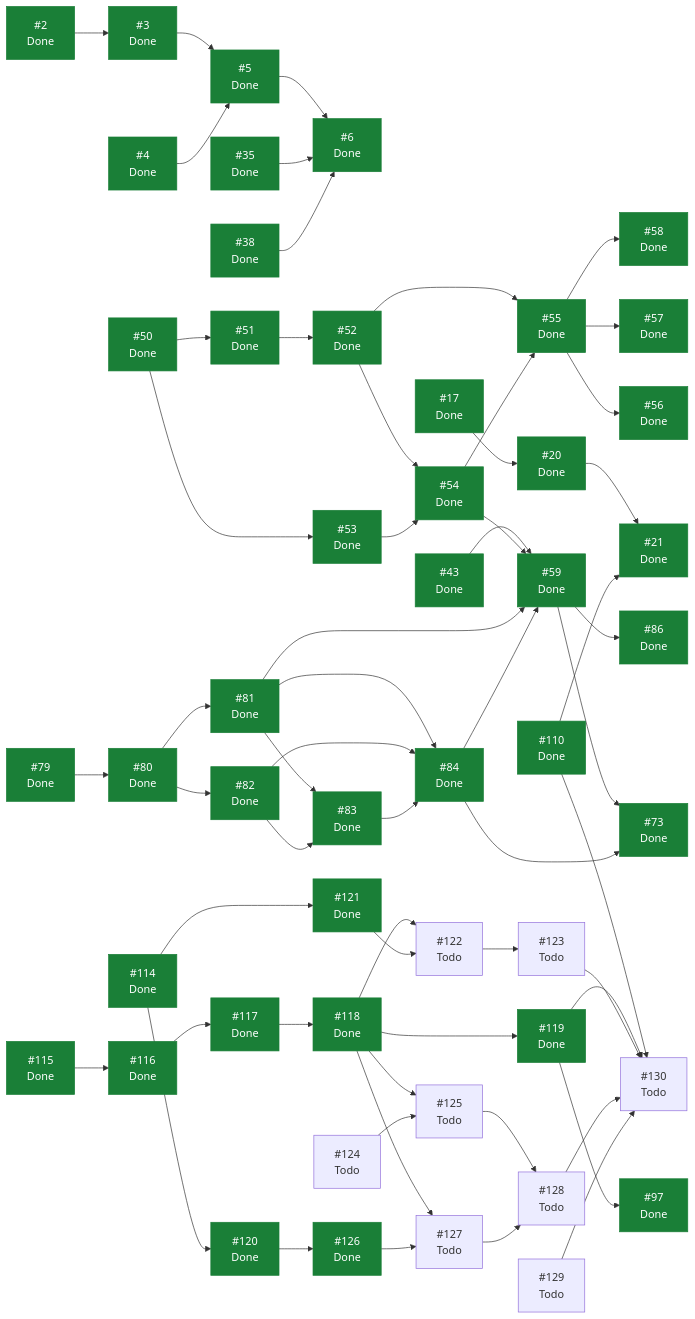
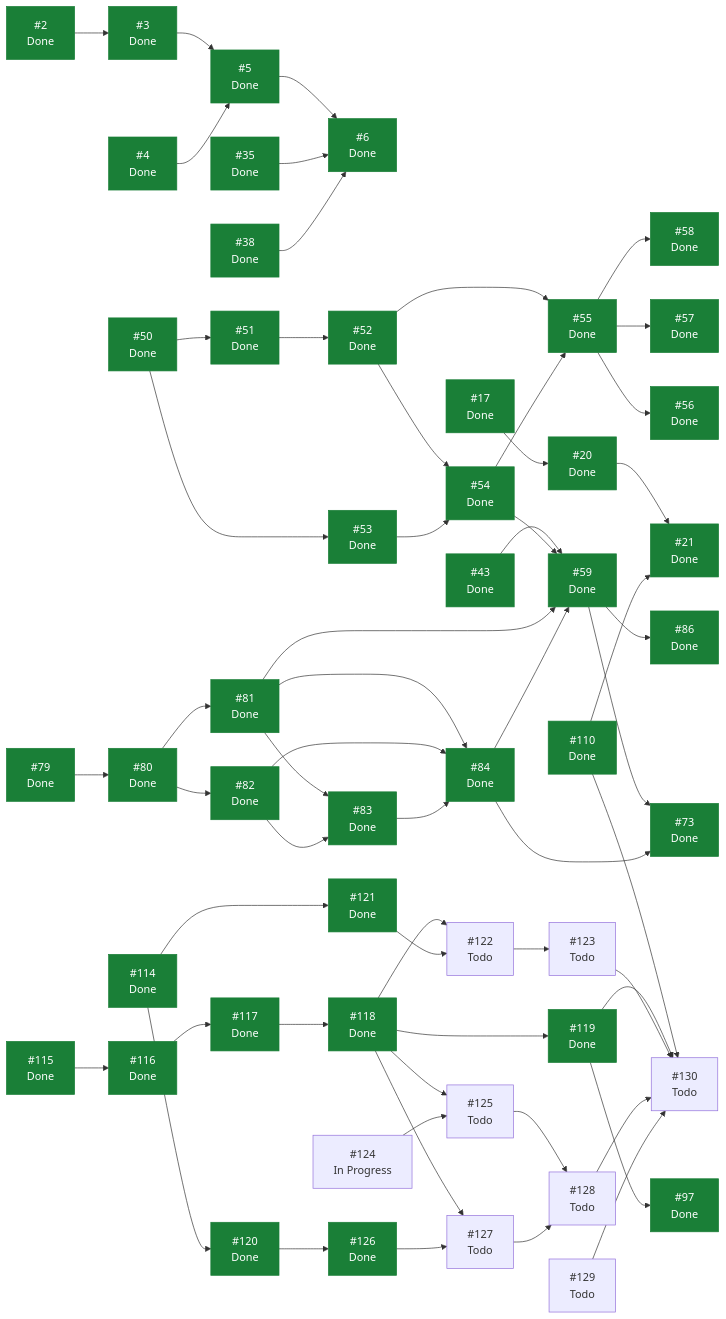
Before and after one commit to ecamp0s/evault: the diagram in docs/planning/STATUS.md, drawn with Mermaid. The commit also changed other lines of this file, not shown here.

```diff
--- a/docs/planning/STATUS.md
+++ b/docs/planning/STATUS.md
@@ -176,7 +176,7 @@
   I121["#121<br/>Done"]
   I122["#122<br/>Todo"]
   I123["#123<br/>Todo"]
-  I124["#124<br/>Todo"]
+  I124["#124<br/>In Progress"]
   I125["#125<br/>Todo"]
   I126["#126<br/>Done"]
   I127["#127<br/>Todo"]
```
